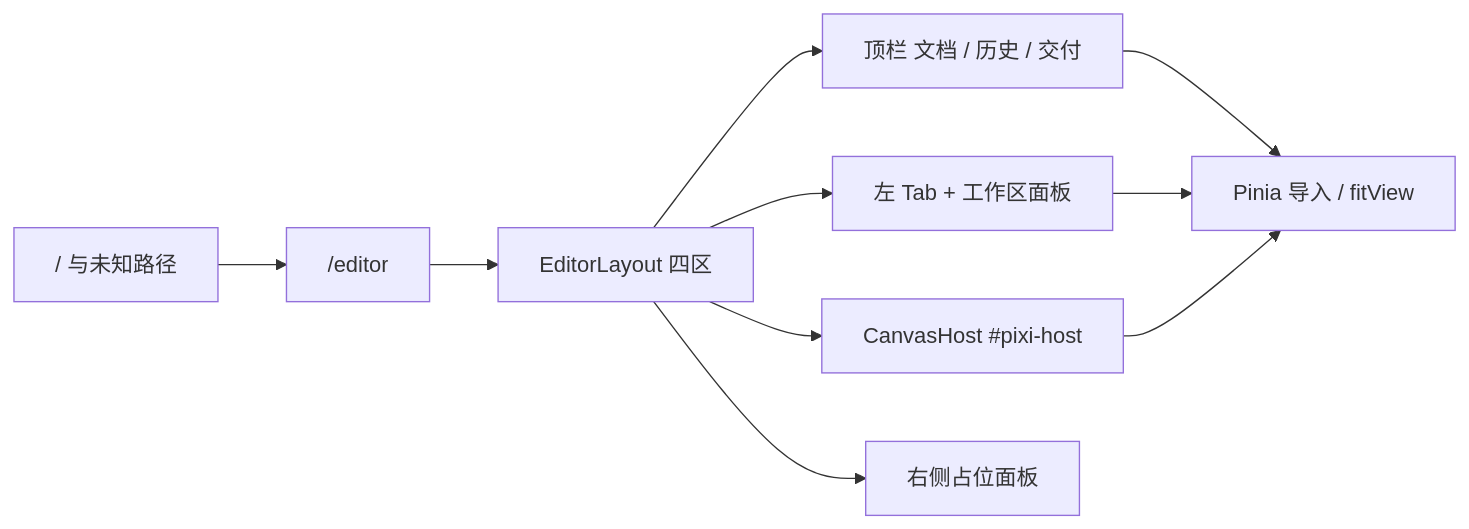
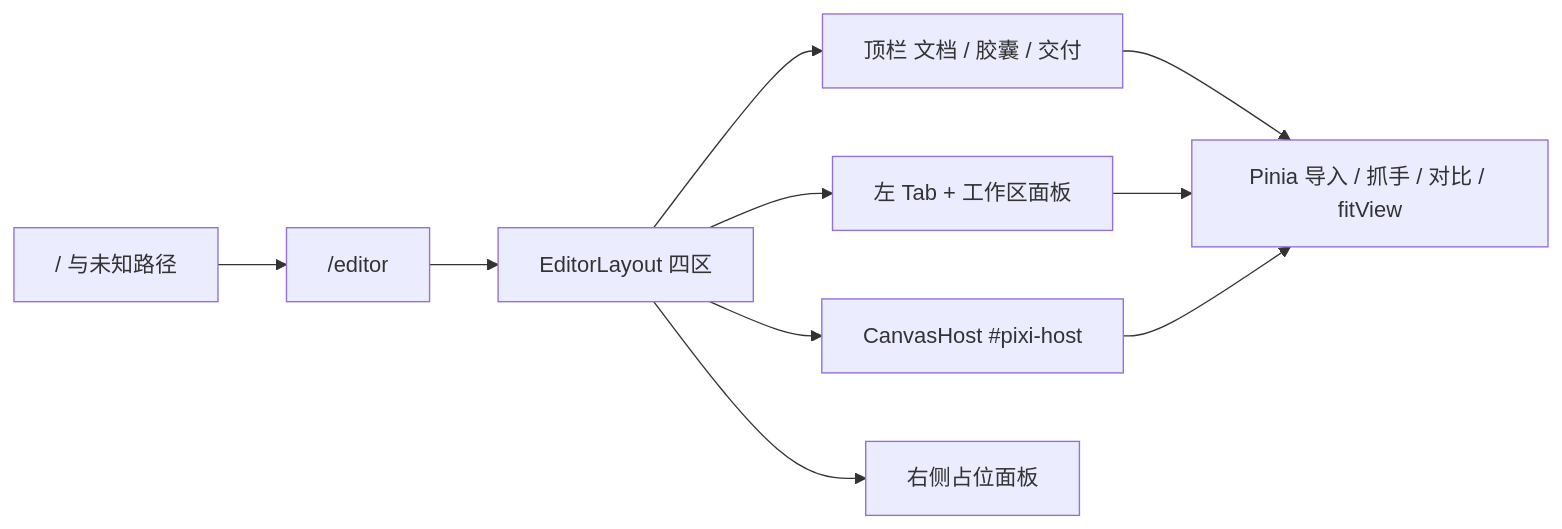
One commit to Komorisir/vue3-ts-standard-pro changed the diagram in docs/editor/shell.md. Above: the diagram before and after it, drawn with Mermaid. The commit also changed other lines of this file and 34 other files, not shown here.

First line of the commit message:
feat: 添加顶栏胶囊与对比原图功能

````diff
--- a/docs/editor/shell.md
+++ b/docs/editor/shell.md
@@ -15,12 +16,12 @@
 ```mermaid
 flowchart LR
   Root["/ 与未知路径"] --> Editor["/editor"]
   Editor --> Layout["EditorLayout 四区"]
   Layout --> Host["CanvasHost #pixi-host"]
-  Layout --> Bar["顶栏 文档 / 历史 / 交付"]
+  Layout --> Bar["顶栏 文档 / 胶囊 / 交付"]
   Layout --> Nav["左 Tab + 工作区面板"]
   Layout --> Side["右侧占位面板"]
-  Bar --> Store["Pinia 导入 / fitView"]
+  Bar --> Store["Pinia 导入 / 抓手 / 对比 / fitView"]
   Nav --> Store
   Host --> Store
 ```
````
